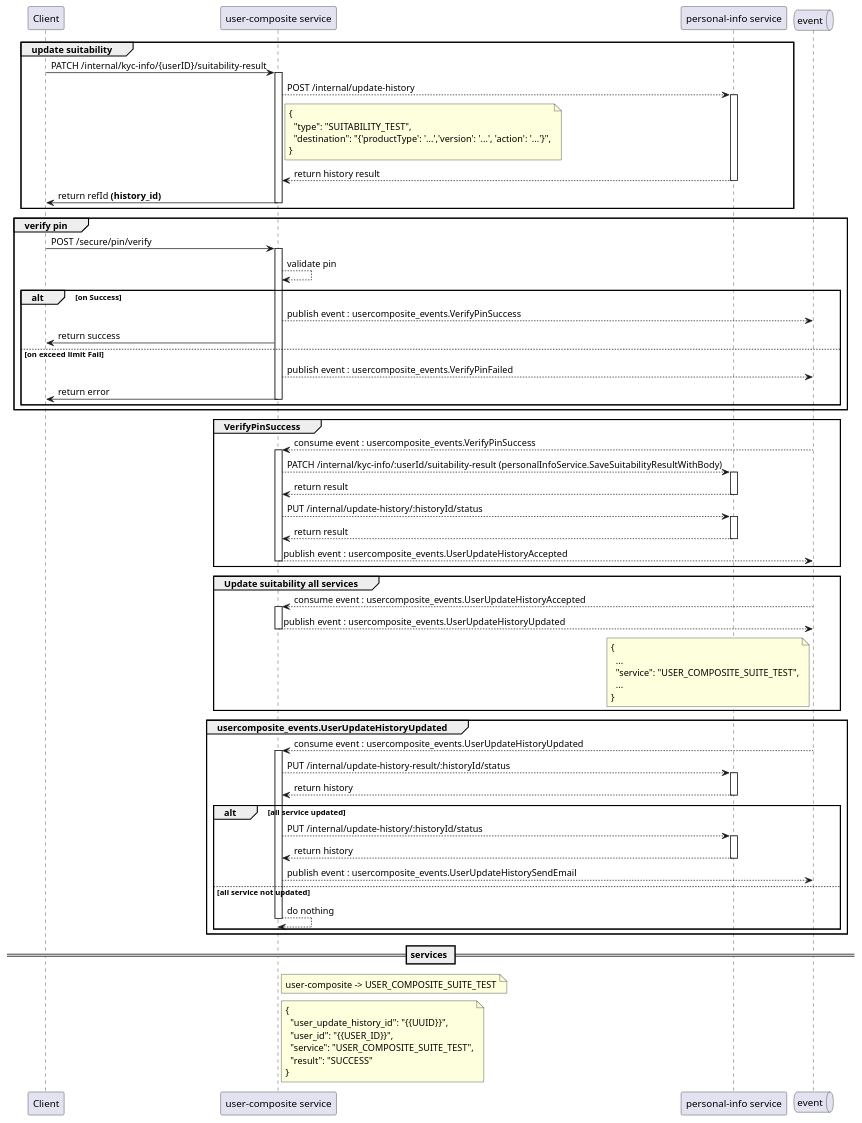
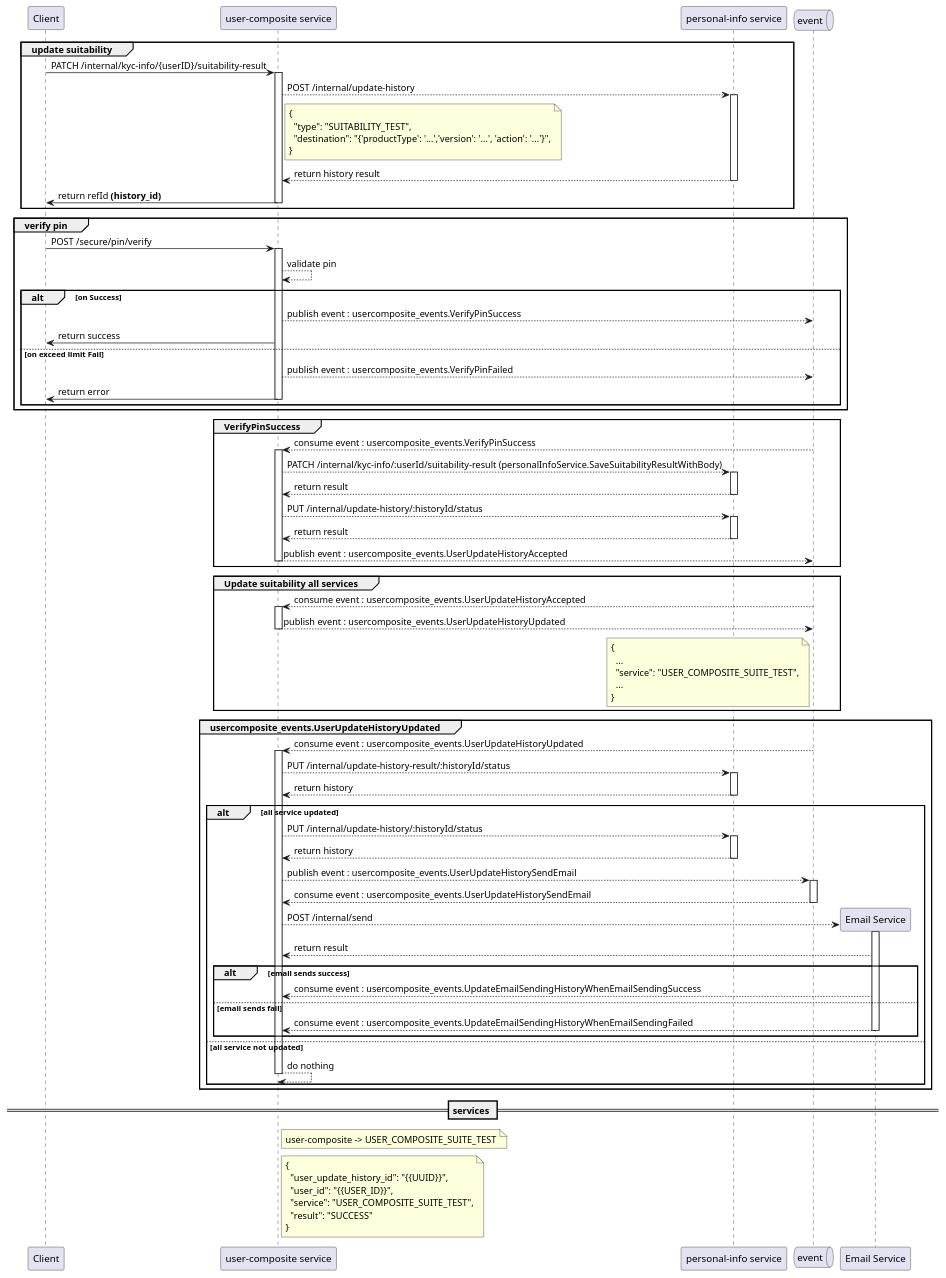
Before and after one commit to TikhampornKKP/change-cus-flow: the diagram in x_update_suite_test.wsd, drawn with PlantUML. The commit also changed 5 other files, not shown here.

Commit message:
add relation with email service

```diff
--- a/x_update_suite_test.wsd
+++ b/x_update_suite_test.wsd
@@ -1,91 +1,100 @@
 @startuml update suitability flow
   skinparam backgroundColor white
 
   participant "Client" as client
   participant "user-composite service" as userComposite
   participant "personal-info service" as personalInfo
   queue "event" as event
 
   group update suitability
     client -> userComposite ++: PATCH /internal/kyc-info/{userID}/suitability-result
 
     userComposite --> personalInfo ++: POST /internal/update-history
     note right userComposite
       {
         "type": "SUITABILITY_TEST",
         "destination": "{'productType': '...','version': '...', 'action': '...'}",
       }
     end note
     personalInfo --> userComposite --: return history result
 
     userComposite -> client --: return refId **(history_id)**
   end
 
   group verify pin
     client -> userComposite ++: POST /secure/pin/verify
     userComposite --> userComposite : validate pin
 
     alt on Success
       userComposite --> event : publish event : usercomposite_events.VerifyPinSuccess
       userComposite -> client : return success
     else on exceed limit Fail
       userComposite --> event : publish event : usercomposite_events.VerifyPinFailed
       userComposite -> client --: return error
     end
   end
 
   group VerifyPinSuccess
     event --> userComposite ++: consume event : usercomposite_events.VerifyPinSuccess
 
     userComposite --> personalInfo ++: PATCH /internal/kyc-info/:userId/suitability-result (personalInfoService.SaveSuitabilityResultWithBody)
     personalInfo --> userComposite --: return result
 
     userComposite --> personalInfo ++: PUT /internal/update-history/:historyId/status
     personalInfo --> userComposite --: return result
 
     userComposite --> event --: publish event : usercomposite_events.UserUpdateHistoryAccepted
   end
 
   group Update suitability all services
     event --> userComposite ++: consume event : usercomposite_events.UserUpdateHistoryAccepted
     userComposite --> event --: publish event : usercomposite_events.UserUpdateHistoryUpdated
     note left event
       {
         ...
         "service": "USER_COMPOSITE_SUITE_TEST",
         ...
       }
     end note
   end
 
   group usercomposite_events.UserUpdateHistoryUpdated
     event --> userComposite ++ : consume event : usercomposite_events.UserUpdateHistoryUpdated
 
     userComposite --> personalInfo ++: PUT /internal/update-history-result/:historyId/status
     personalInfo --> userComposite --: return history
 
     alt all service updated
       userComposite --> personalInfo ++: PUT /internal/update-history/:historyId/status
       personalInfo --> userComposite --: return history
-      userComposite --> event : publish event : usercomposite_events.UserUpdateHistorySendEmail
+      userComposite --> event ++: publish event : usercomposite_events.UserUpdateHistorySendEmail
+      event --> userComposite --: consume event : usercomposite_events.UserUpdateHistorySendEmail
+      create participant "Email Service" as emailService
+      userComposite --> emailService ++: POST /internal/send
+      emailService --> userComposite : return result
+      alt email sends success
+        emailService --> userComposite : consume event : usercomposite_events.UpdateEmailSendingHistoryWhenEmailSendingSuccess
+      else email sends fail
+        emailService --> userComposite --: consume event : usercomposite_events.UpdateEmailSendingHistoryWhenEmailSendingFailed
+      end
     else all service not updated
       userComposite --> userComposite --: do nothing
     end
   end
 
   == services ==
   note right userComposite
      user-composite -> USER_COMPOSITE_SUITE_TEST
   end note
 
   note right userComposite
     {
       "user_update_history_id": "{{UUID}}",
       "user_id": "{{USER_ID}}",
       "service": "USER_COMPOSITE_SUITE_TEST",
       "result": "SUCCESS"
     }
   end note
 
 
 @enduml
```
